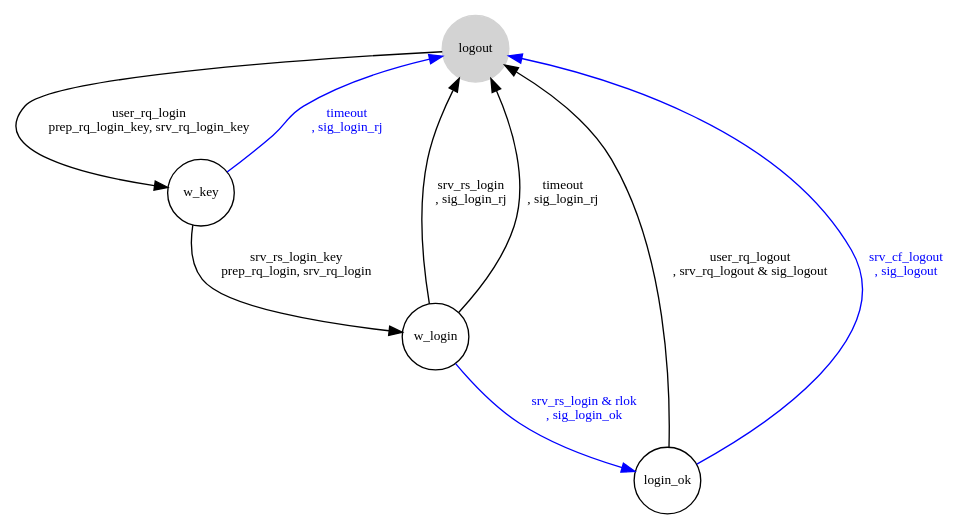
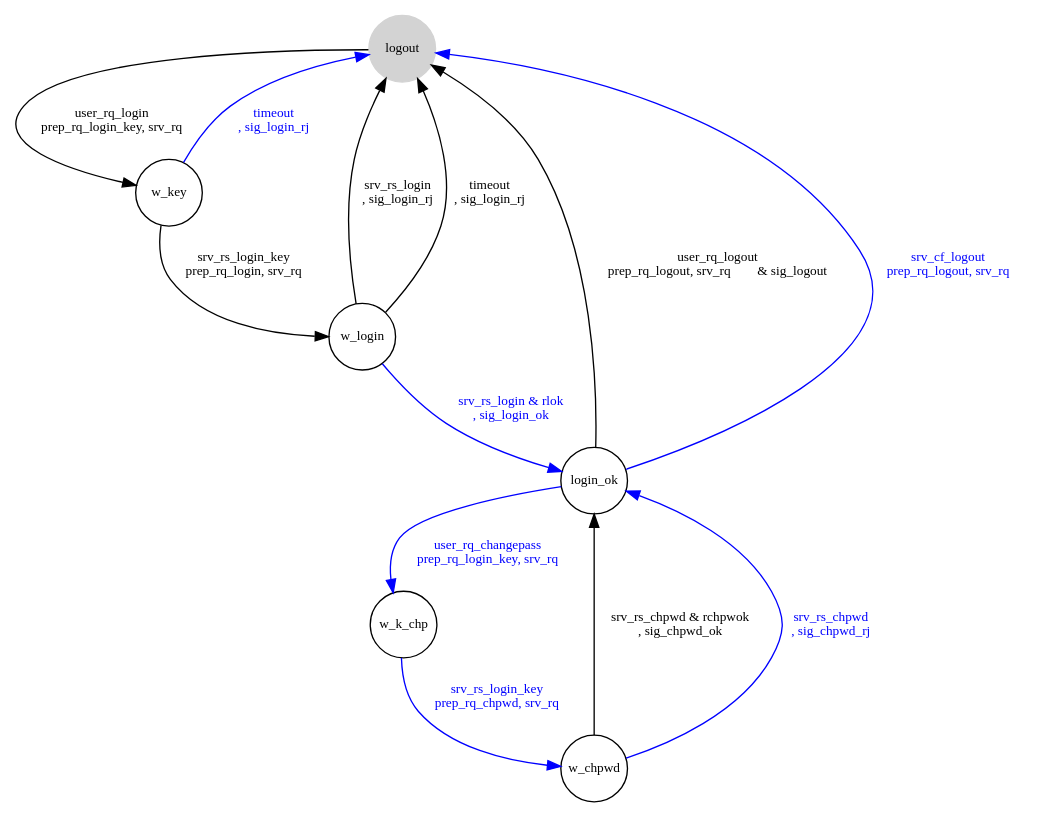
One commit to jleahred/maiquel-toolkit-cpp changed the diagram in src/components/acs/cli/fsm_cli_acs.dot. Above: the diagram before and after it, drawn with Graphviz. The commit also changed 11 other files, not shown here.

```diff
--- a/src/components/acs/cli/fsm_cli_acs.dot
+++ b/src/components/acs/cli/fsm_cli_acs.dot
@@ -1,16 +1,20 @@
 digraph automata {
     node [shape = circle, fontsize=10, fixedsize=true width=0.7];
     logout [ style = filled, color=lightgrey ];
 
-        logout  ->  w_key  [ label = "user_rq_login\nprep_rq_login_key, srv_rq_login_key", color=black, fontcolor=black, fontsize=10, fixedsize=true ];
-    w_key  ->  w_login  [ label = "srv_rs_login_key\nprep_rq_login, srv_rq_login", color=black, fontcolor=black, fontsize=10, fixedsize=true ];
+        logout  ->  w_key  [ label = "user_rq_login\nprep_rq_login_key, srv_rq", color=black, fontcolor=black, fontsize=10, fixedsize=true ];
+    w_key  ->  w_login  [ label = "srv_rs_login_key\nprep_rq_login, srv_rq", color=black, fontcolor=black, fontsize=10, fixedsize=true ];
     w_key  ->  logout  [ label = "timeout\n, sig_login_rj", color=blue, fontcolor=blue, fontsize=10, fixedsize=true ];
     w_login  ->  login_ok  [ label = "srv_rs_login & rlok\n, sig_login_ok", color=blue, fontcolor=blue, fontsize=10, fixedsize=true ];
     w_login  ->  logout  [ label = "srv_rs_login\n, sig_login_rj", color=black, fontcolor=black, fontsize=10, fixedsize=true ];
     w_login  ->  logout  [ label = "timeout\n, sig_login_rj", color=black, fontcolor=black, fontsize=10, fixedsize=true ];
-    login_ok  ->  logout  [ label = "user_rq_logout\n, srv_rq_logout & sig_logout", color=black, fontcolor=black, fontsize=10, fixedsize=true ];
-    login_ok  ->  logout  [ label = "srv_cf_logout\n, sig_logout", color=blue, fontcolor=blue, fontsize=10, fixedsize=true ];
+    login_ok  ->  logout  [ label = "user_rq_logout\nprep_rq_logout, srv_rq        & sig_logout", color=black, fontcolor=black, fontsize=10, fixedsize=true ];
+    login_ok  ->  logout  [ label = "srv_cf_logout\nprep_rq_logout, srv_rq", color=blue, fontcolor=blue, fontsize=10, fixedsize=true ];
+    login_ok  ->  w_k_chp  [ label = "user_rq_changepass\nprep_rq_login_key, srv_rq", color=blue, fontcolor=blue, fontsize=10, fixedsize=true ];
+    w_k_chp  ->  w_chpwd  [ label = "srv_rs_login_key\nprep_rq_chpwd, srv_rq", color=blue, fontcolor=blue, fontsize=10, fixedsize=true ];
+    w_chpwd  ->  login_ok  [ label = "srv_rs_chpwd & rchpwok\n, sig_chpwd_ok", color=black, fontcolor=black, fontsize=10, fixedsize=true ];
+    w_chpwd  ->  login_ok  [ label = "srv_rs_chpwd\n, sig_chpwd_rj", color=blue, fontcolor=blue, fontsize=10, fixedsize=true ];
  
 
     //fsm_cli_acs  [ shape = plaintext ];
 }
```
